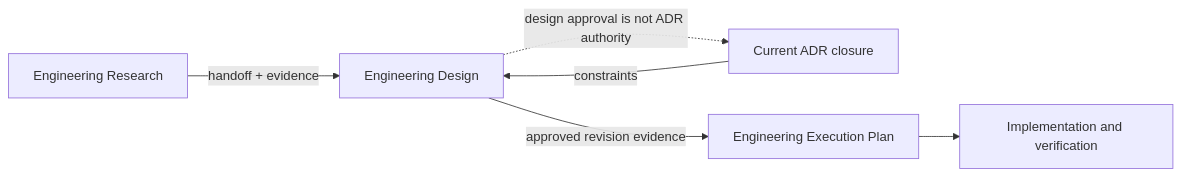
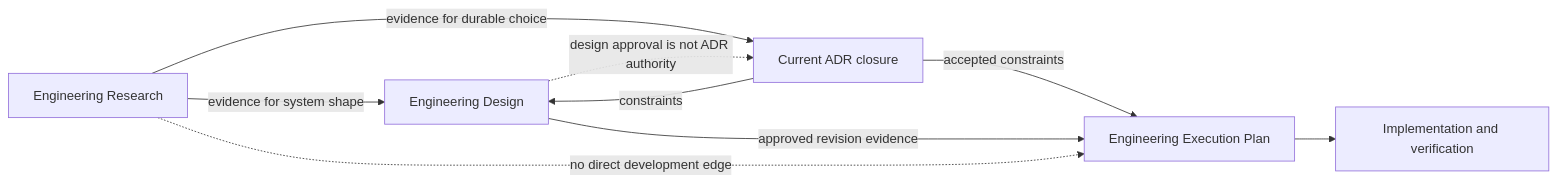
One commit to XiaoWeiKIN/RepoFoundryAI changed the diagram in docs/exec-plans/active/ep-058_implement-engineering-design-skill/EXECPLAN.md. Above: the diagram before and after it, drawn with Mermaid. The commit also changed other lines of this file and 34 other files, not shown here.

Commit message:
fix: enforce Research conversion before execution plans

````diff
--- a/docs/exec-plans/active/ep-058_implement-engineering-design-skill/EXECPLAN.md
+++ b/docs/exec-plans/active/ep-058_implement-engineering-design-skill/EXECPLAN.md
@@ -80,8 +83,11 @@
 ```mermaid
 flowchart LR
-  R["Engineering Research"] -->|"handoff + evidence"| D["Engineering Design"]
-  A["Current ADR closure"] -->|"constraints"| D
-  D -->|"approved revision evidence"| E["Engineering Execution Plan"]
+  R["Engineering Research"] -->|"evidence for system shape"| D["Engineering Design"]
+  R -->|"evidence for durable choice"| A["Current ADR closure"]
+  A -->|"constraints"| D
+  A -->|"accepted constraints"| E["Engineering Execution Plan"]
+  D -->|"approved revision evidence"| E
+  R -.->|"no direct development edge"| E
   E --> I["Implementation and verification"]
   D -. "design approval is not ADR authority" .-> A
 ```
````
